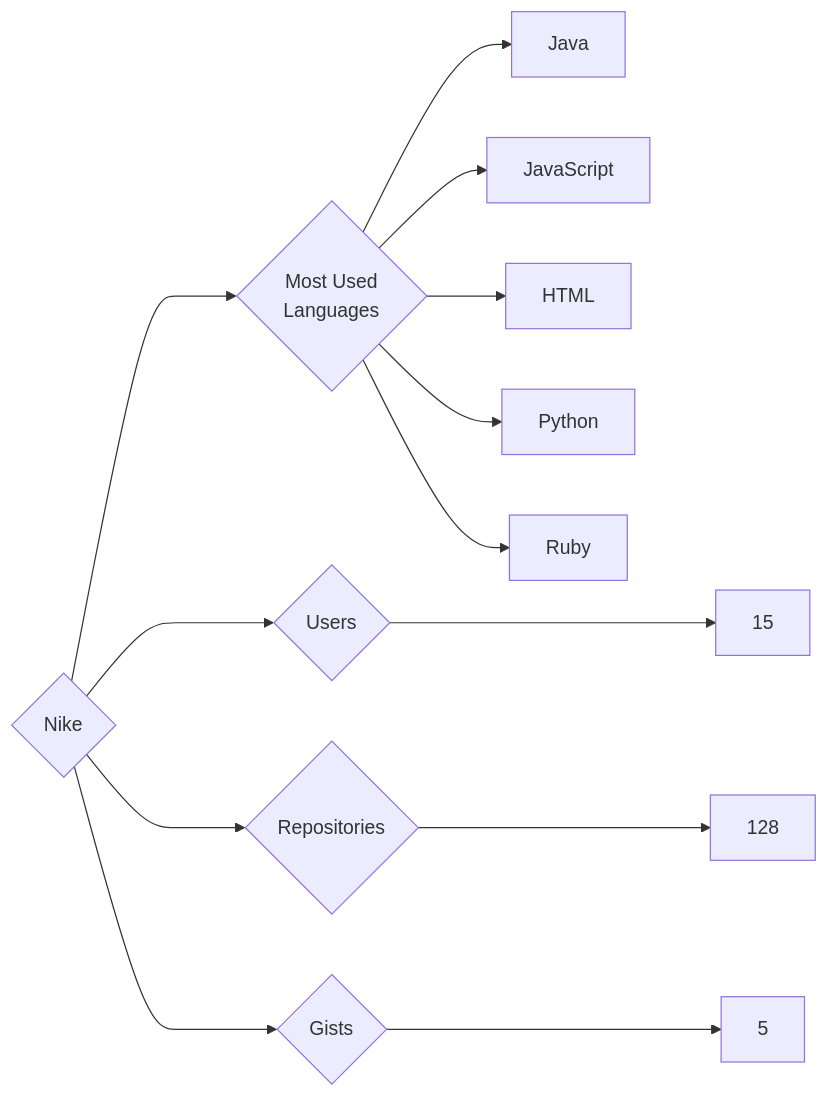
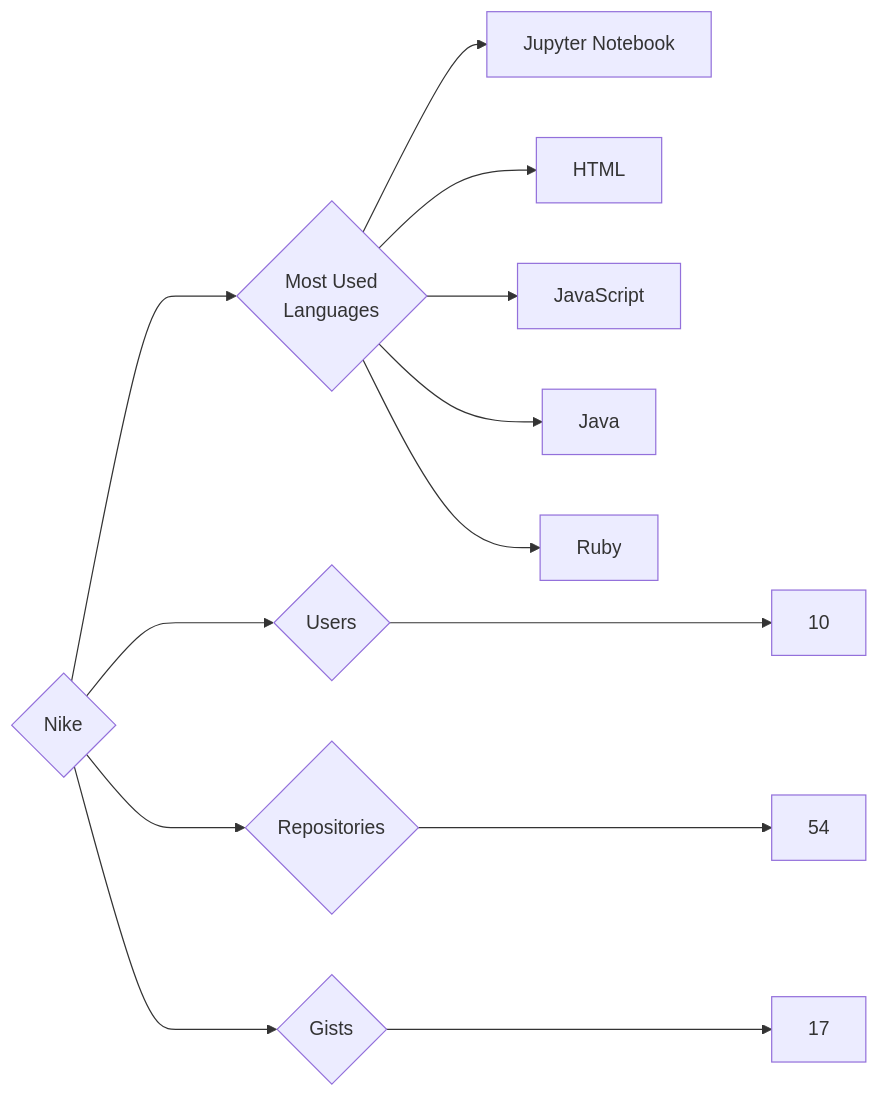
One commit to trickest/insiders changed the diagram in targets/Nike/README.md. Above: the diagram before and after it, drawn with Mermaid. The commit also changed 886 other files, not shown here.

````diff
--- a/targets/Nike/README.md
+++ b/targets/Nike/README.md
@@ -3,13 +3,13 @@
 ```mermaid
 graph LR
 COMPANY_NAME{Nike}
-COMPANY_NAME ---> U{Users} ---> UN[15]
-COMPANY_NAME ---> R{Repositories} ---> RN[128]
-COMPANY_NAME ---> G{Gists} ---> GN[5]
+COMPANY_NAME ---> U{Users} ---> UN[10]
+COMPANY_NAME ---> R{Repositories} ---> RN[54]
+COMPANY_NAME ---> G{Gists} ---> GN[17]
 COMPANY_NAME ---> ML{Most Used<br>Languages}
+ML --> Jupyter_Notebook[Jupyter Notebook]
+ML --> HTML[HTML]
+ML --> JavaScript[JavaScript]
 ML --> Java[Java]
-ML --> JavaScript[JavaScript]
-ML --> HTML[HTML]
-ML --> Python[Python]
 ML --> Ruby[Ruby]
 ```
````
